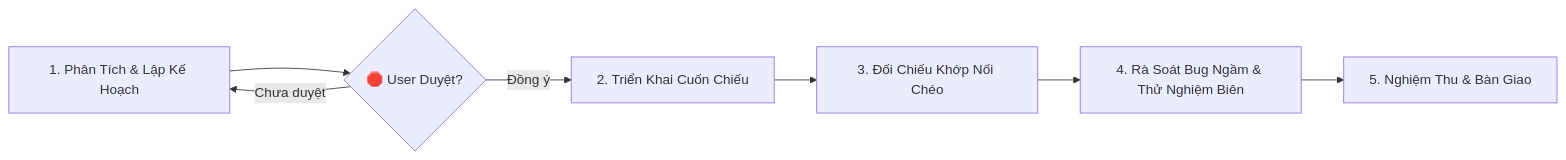
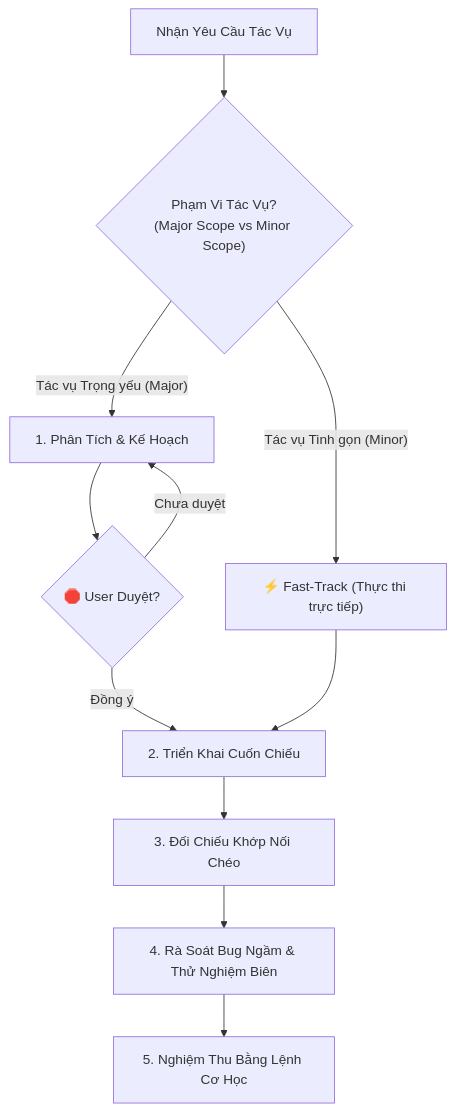
The diagram in GEMINI.md (wolf205/dss-ai-purchase), drawn with Mermaid before and after one commit. The commit also changed other lines of this file, not shown here.

First line of the commit message:
docs(rules): update GEMINI.md with strict architectural contract and execution protocol

````diff
--- a/GEMINI.md
+++ b/GEMINI.md
@@ -30,9 +144,13 @@
 ```mermaid
-flowchart LR
-    A["1. Phân Tích & Lập Kế Hoạch"] --> Gate{🛑 User Duyệt?}
-    Gate -- Chưa duyệt --> A
-    Gate -- Đồng ý --> B["2. Triển Khai Cuốn Chiếu"]
-    B --> C["3. Đối Chiếu Khớp Nối Chéo"]
-    C --> D["4. Rà Soát Bug Ngầm & Thử Nghiệm Biên"]
-    D --> E["5. Nghiệm Thu & Bàn Giao"]
+flowchart TD
+    A["Nhận Yêu Cầu Tác Vụ"] --> Check{"Phạm Vi Tác Vụ?<br>(Major Scope vs Minor Scope)"}
+    Check -- "Tác vụ Trọng yếu (Major)" --> Plan["1. Phân Tích & Kế Hoạch"]
+    Plan --> Gate{🛑 User Duyệt?}
+    Gate -- "Chưa duyệt" --> Plan
+    Gate -- "Đồng ý" --> Exec["2. Triển Khai Cuốn Chiếu"]
+    Check -- "Tác vụ Tinh gọn (Minor)" --> FastTrack["⚡ Fast-Track (Thực thi trực tiếp)"]
+    FastTrack --> Exec
+    Exec --> Consistency["3. Đối Chiếu Khớp Nối Chéo"]
+    Consistency --> Audit["4. Rà Soát Bug Ngầm & Thử Nghiệm Biên"]
+    Audit --> Verify["5. Nghiệm Thu Bằng Lệnh Cơ Học"]
 ```
````
